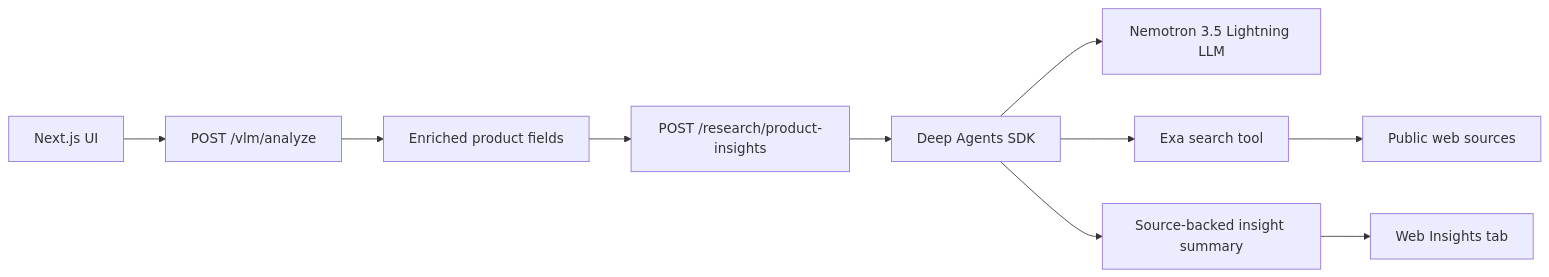
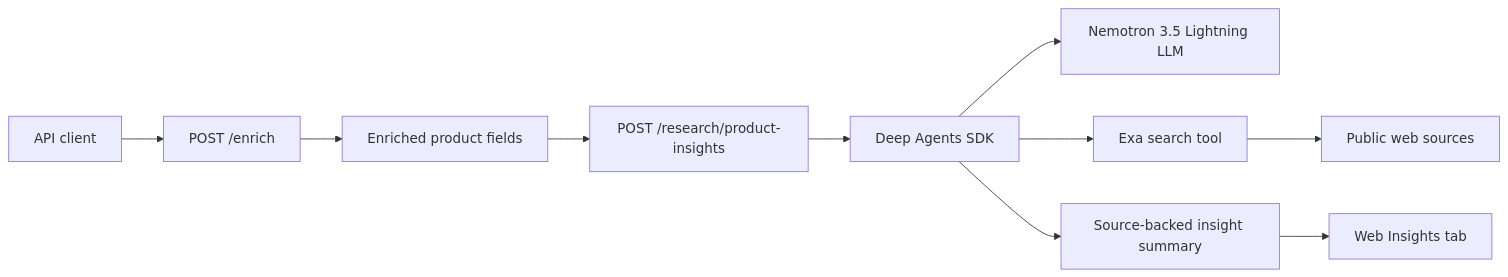
Before and after one commit to Wadelz/Retail-Catalog-Enrichment: the diagram in docs/WEB_INSIGHTS.md, drawn with Mermaid. The commit also changed other lines of this file and 956 other files, not shown here.

````diff
--- a/docs/WEB_INSIGHTS.md
+++ b/docs/WEB_INSIGHTS.md
@@ -31,12 +31,12 @@
 ```mermaid
 flowchart LR
-  UI["Next.js UI"] --> Analyze["POST /vlm/analyze"]
+  Client["API client"] --> Analyze["POST /enrich"]
   Analyze --> Fields["Enriched product fields"]
   Fields --> Insights["POST /research/product-insights"]
   Insights --> Agent["Deep Agents SDK"]
   Agent --> Nemotron["Nemotron 3.5 Lightning LLM"]
   Agent --> ExaTool["Exa search tool"]
   ExaTool --> Web["Public web sources"]
   Agent --> Summary["Source-backed insight summary"]
   Summary --> Tab["Web Insights tab"]
 ```
````
